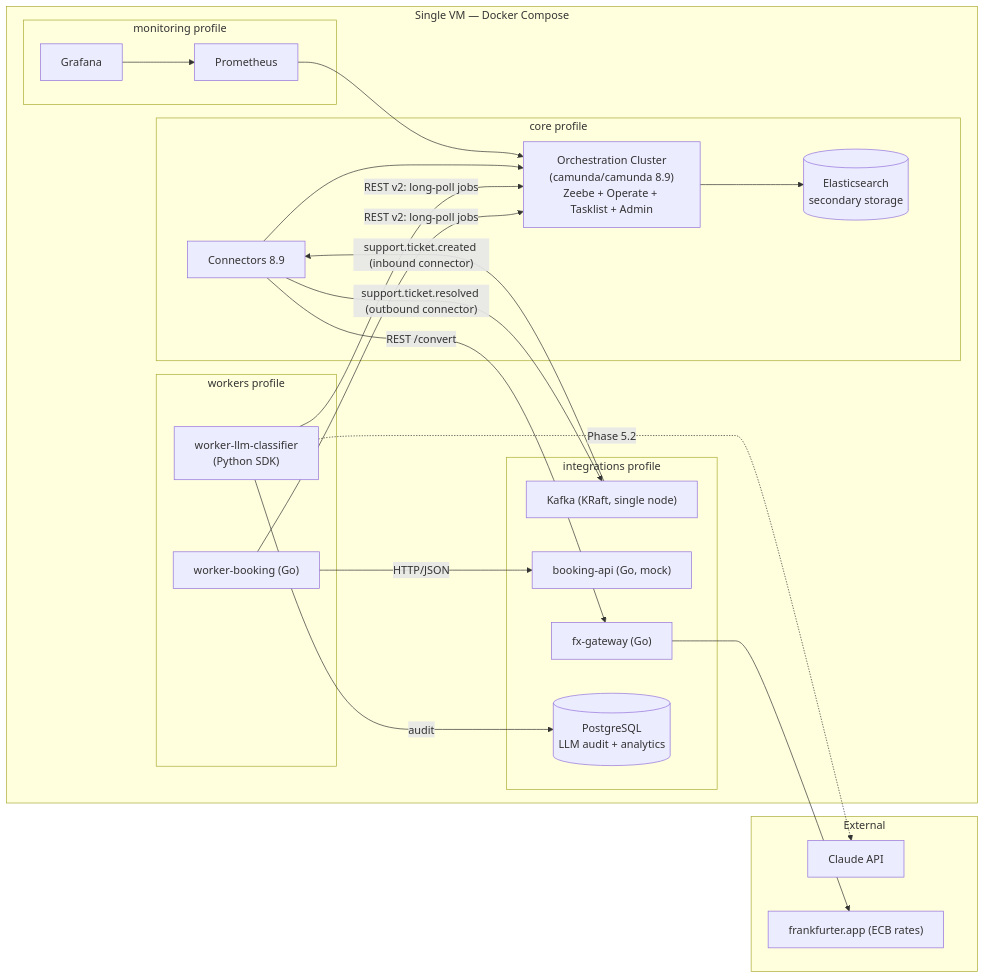
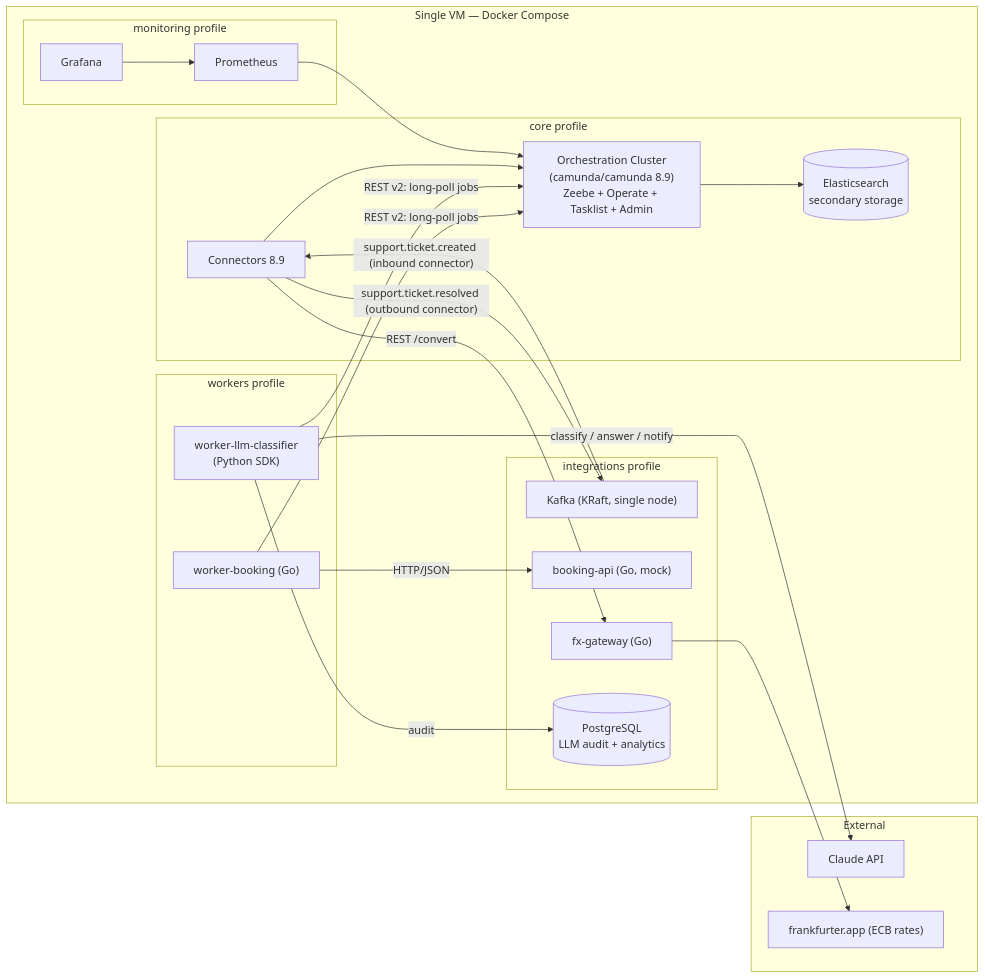
Before and after one commit to DigitLock/camunda-support-automation: the diagram in README.md, drawn with Mermaid. The commit also changed other lines of this file and 17 other files, not shown here.

````diff
--- a/README.md
+++ b/README.md
@@ -39,43 +42,43 @@
 ```mermaid
 flowchart LR
     subgraph external["External"]
         claude["Claude API"]
         ecb["frankfurter.app (ECB rates)"]
     end
 
     subgraph vm["Single VM — Docker Compose"]
         subgraph core["core profile"]
             camunda["Orchestration Cluster<br/>(camunda/camunda 8.9)<br/>Zeebe + Operate + Tasklist + Admin"]
             connectors["Connectors 8.9"]
             es[("Elasticsearch<br/>secondary storage")]
         end
         subgraph integrations["integrations profile"]
             kafka["Kafka (KRaft, single node)"]
             bookingapi["booking-api (Go, mock)"]
             fxgw["fx-gateway (Go)"]
             pg[("PostgreSQL<br/>LLM audit + analytics")]
         end
         subgraph workers["workers profile"]
             wbooking["worker-booking (Go)"]
             wclassifier["worker-llm-classifier<br/>(Python SDK)"]
         end
         subgraph monitoring["monitoring profile"]
             prom["Prometheus"]
             graf["Grafana"]
         end
     end
 
     kafka -- "support.ticket.created (inbound connector)" --> connectors
     connectors -- "support.ticket.resolved (outbound connector)" --> kafka
     connectors -- "REST /convert" --> fxgw
     fxgw --> ecb
     wbooking -- "REST v2: long-poll jobs" --> camunda
     wbooking -- "HTTP/JSON" --> bookingapi
     wclassifier -- "REST v2: long-poll jobs" --> camunda
-    wclassifier -. "Phase 5.2" .-> claude
+    wclassifier -- "classify / answer / notify" --> claude
     wclassifier -- "audit" --> pg
     camunda --> es
     connectors --> camunda
     prom --> camunda
     graf --> prom
 ```
````
